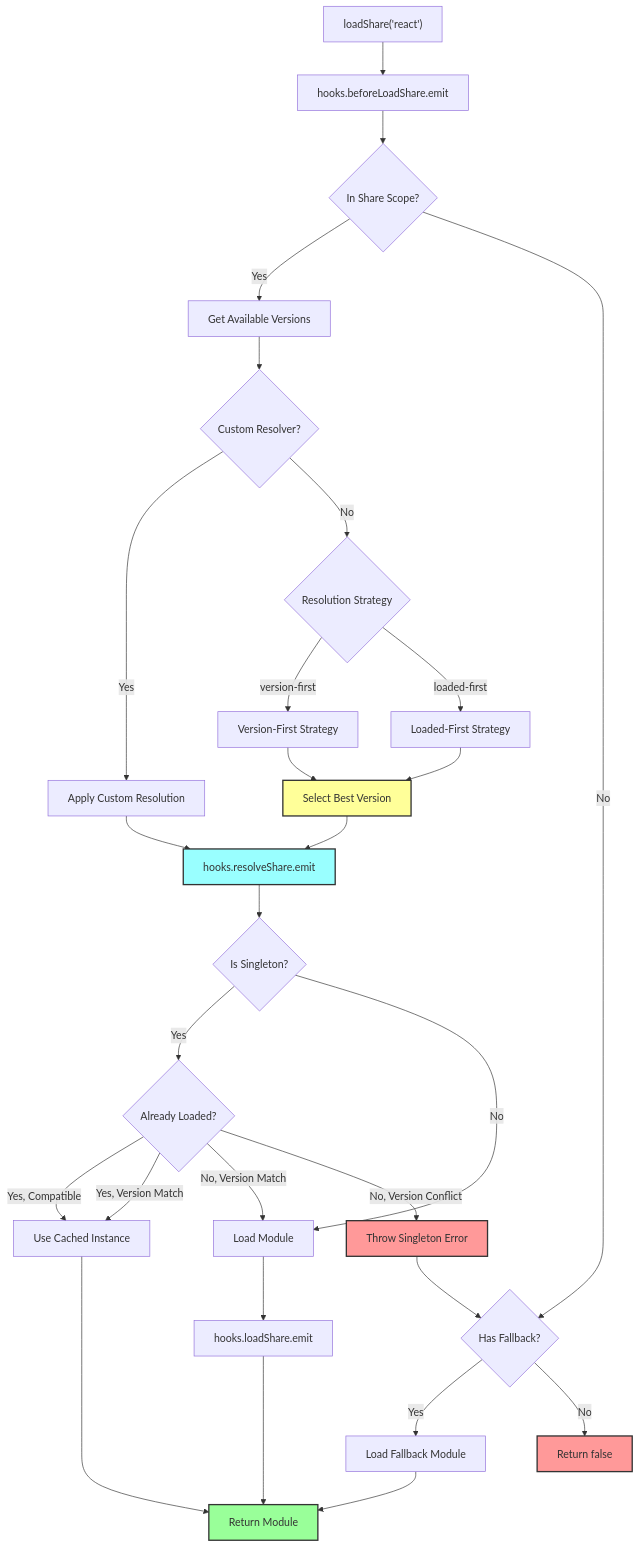
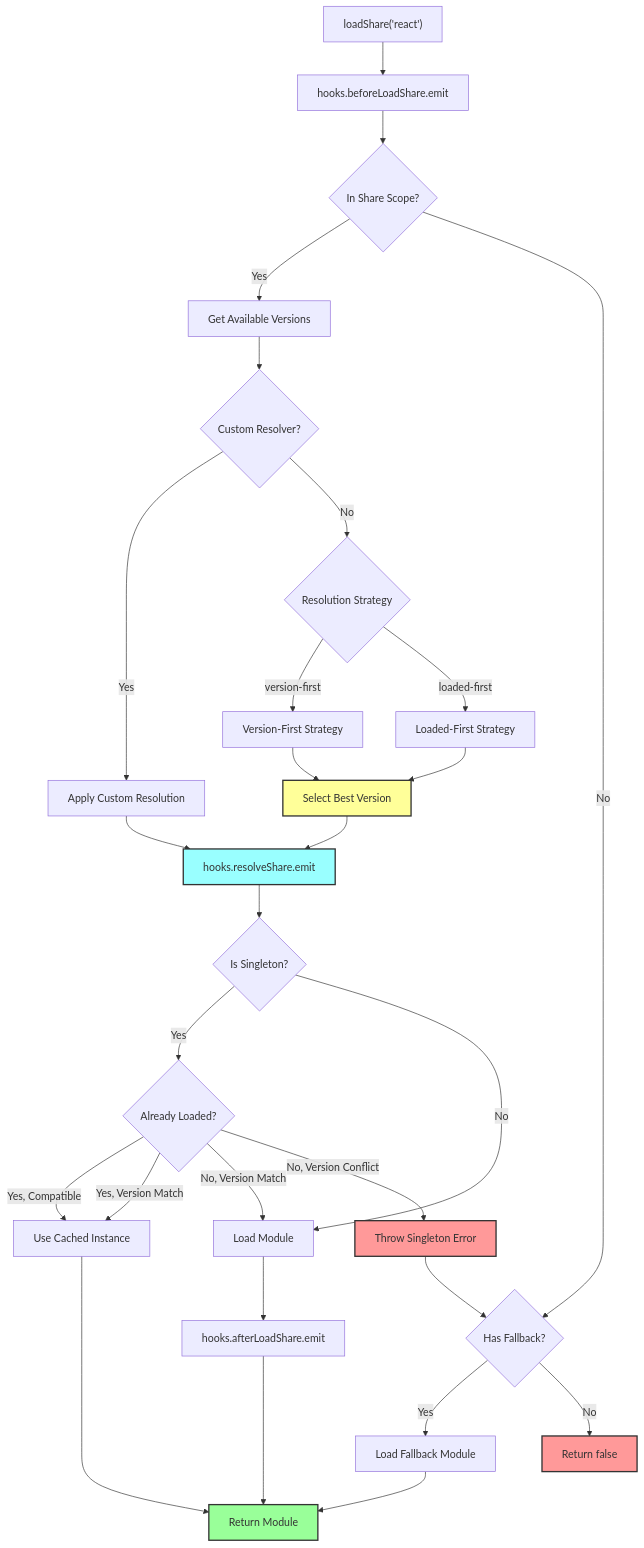
The second of 2 diagrams in arch-doc/runtime-loading-contract.md (module-federation/core), drawn with Mermaid before and after one commit. The commit also changed other lines of this file and 17 other files, not shown here.

Commit message:
docs: correct factual inaccuracies in architecture docs (#4861)

````diff
--- a/arch-doc/runtime-loading-contract.md
+++ b/arch-doc/runtime-loading-contract.md
@@ -82,58 +82,58 @@
 ```mermaid
 flowchart TD
     LoadShare["loadShare('react')"]
     BeforeHook[hooks.beforeLoadShare.emit]
     CheckScope{In Share Scope?}
     GetVersions[Get Available Versions]
     Strategy{Resolution Strategy}
     VersionFirst[Version-First Strategy]
     LoadedFirst[Loaded-First Strategy]
     SelectVersion[Select Best Version]
     CheckSingleton{Is Singleton?}
     CheckLoaded{Already Loaded?}
     CheckCustom{Custom Resolver?}
     UseResolver[Apply Custom Resolution]
     LoadModule[Load Module]
     UseCached[Use Cached Instance]
     ThrowError[Throw Singleton Error]
     FallbackCheck{Has Fallback?}
     LoadFallback[Load Fallback Module]
     ResolveHook[hooks.resolveShare.emit]
-    LoadHook[hooks.loadShare.emit]
+    LoadHook[hooks.afterLoadShare.emit]
     ReturnModule[Return Module]
     ReturnFalse[Return false]
 
     LoadShare --> BeforeHook
     BeforeHook --> CheckScope
     CheckScope -->|"Yes"| GetVersions
     CheckScope -->|"No"| FallbackCheck
     GetVersions --> CheckCustom
     CheckCustom -->|"Yes"| UseResolver
     CheckCustom -->|"No"| Strategy
     UseResolver --> ResolveHook
     Strategy -->|"version-first"| VersionFirst
     Strategy -->|"loaded-first"| LoadedFirst
     VersionFirst --> SelectVersion
     LoadedFirst --> SelectVersion
     SelectVersion --> ResolveHook
     ResolveHook --> CheckSingleton
     CheckSingleton -->|"Yes"| CheckLoaded
     CheckSingleton -->|"No"| LoadModule
     CheckLoaded -->|"Yes, Compatible"| UseCached
     CheckLoaded -->|"Yes, Version Match"| UseCached
     CheckLoaded -->|"No, Version Match"| LoadModule
     CheckLoaded -->|"No, Version Conflict"| ThrowError
     LoadModule --> LoadHook
     LoadHook --> ReturnModule
     UseCached --> ReturnModule
     ThrowError --> FallbackCheck
     FallbackCheck -->|"Yes"| LoadFallback
     FallbackCheck -->|"No"| ReturnFalse
     LoadFallback --> ReturnModule
 
     style SelectVersion fill:#ff9,stroke:#333,stroke-width:2px
     style ThrowError fill:#f99,stroke:#333,stroke-width:2px
     style ReturnModule fill:#9f9,stroke:#333,stroke-width:2px
     style ReturnFalse fill:#f99,stroke:#333,stroke-width:2px
     style ResolveHook fill:#9ff,stroke:#333,stroke-width:2px
 ```
````
